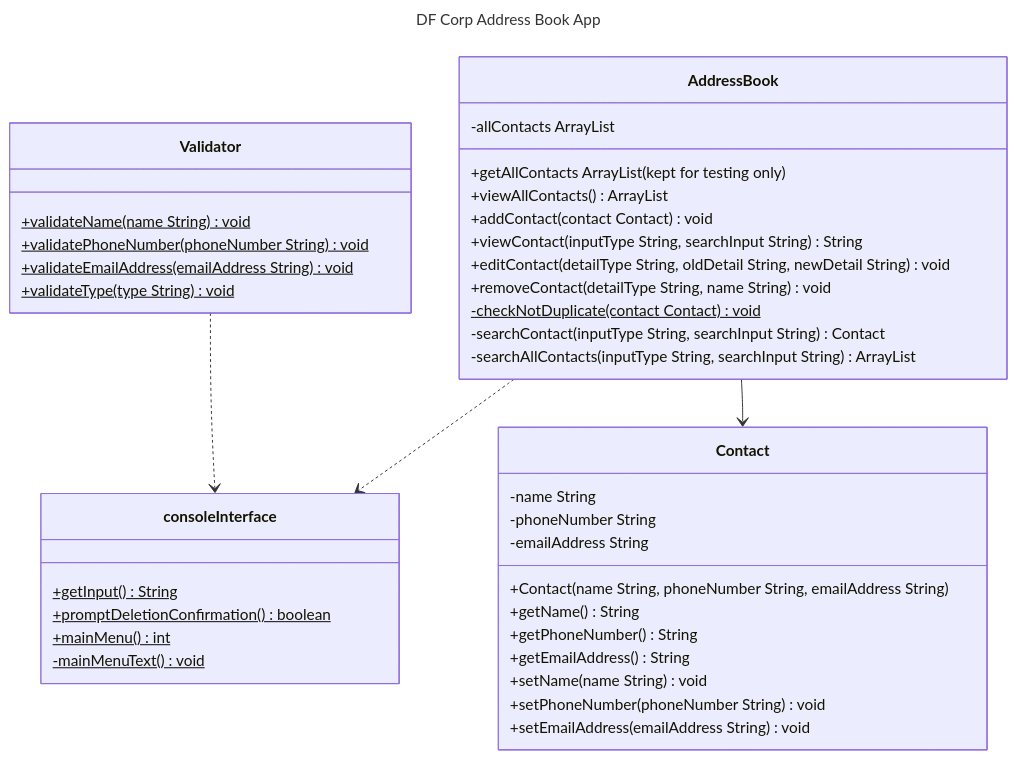
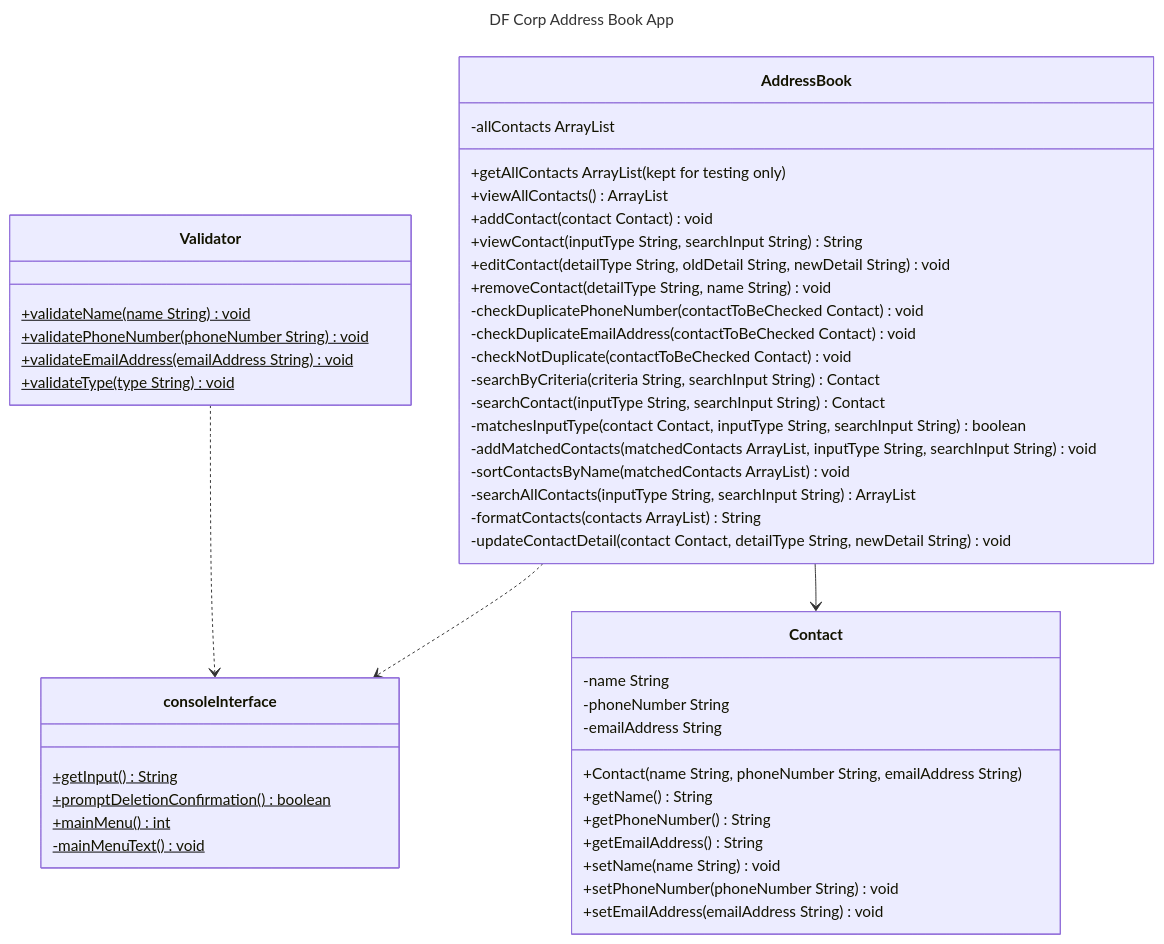
One commit to kristy-lam/df-challenge-3-address-book changed the diagram in docs/class-diagrams-test-plan.md. Above: the diagram before and after it, drawn with Mermaid. The commit also changed 1 other file, not shown here.

Commit message:
Shortened code and updated documentation

````diff
--- a/docs/class-diagrams-test-plan.md
+++ b/docs/class-diagrams-test-plan.md
@@ -11,48 +11,59 @@
 ```mermaid
 ---
 title: DF Corp Address Book App
 ---
 classDiagram
         
     class Contact {
         -name String
         -phoneNumber String
         -emailAddress String
         +Contact(name String, phoneNumber String, emailAddress String)
         +getName() String
         +getPhoneNumber() String
         +getEmailAddress() String
         +setName(name String) void
         +setPhoneNumber(phoneNumber String) void
         +setEmailAddress(emailAddress String) void
     }
+    
     class Validator {
         +validateName(name String) void$
         +validatePhoneNumber(phoneNumber String) void$
         +validateEmailAddress(emailAddress String) void$
-        +validateType(type String) void$    }
+        +validateType(type String) void$
+    }
     
     class AddressBook {   
         -allContacts ArrayList
         +getAllContacts ArrayList<Contact> (kept for testing only)
         +viewAllContacts() ArrayList<Contact>
         +addContact(contact Contact) void   
         +viewContact(inputType String, searchInput String) String
         +editContact(detailType String, oldDetail String, newDetail String) void
         +removeContact(detailType String, name String) void
-        -checkNotDuplicate(contact Contact) void$
+        -checkDuplicatePhoneNumber(contactToBeChecked Contact) void
+        -checkDuplicateEmailAddress(contactToBeChecked Contact) void
+        -checkNotDuplicate(contactToBeChecked Contact) void
+        -searchByCriteria(criteria String, searchInput String) Contact
         -searchContact(inputType String, searchInput String) Contact
+        -matchesInputType(contact Contact, inputType String, searchInput String) boolean
+        -addMatchedContacts(matchedContacts ArrayList<Contact>, inputType String, searchInput String) void
+        -sortContactsByName(matchedContacts ArrayList<Contact>) void
         -searchAllContacts(inputType String, searchInput String) ArrayList<Contact>
-    }    
+        -formatContacts(contacts ArrayList<Contact>) String
+        -updateContactDetail(contact Contact, detailType String, newDetail String) void
+    }
+    
     class consoleInterface {
         +getInput() String$
         +promptDeletionConfirmation() boolean$
         +mainMenu() int$        
         -mainMenuText() void$
     }
 
     AddressBook --> Contact
     Validator ..> consoleInterface
     AddressBook ..> consoleInterface
 
 ```
````
